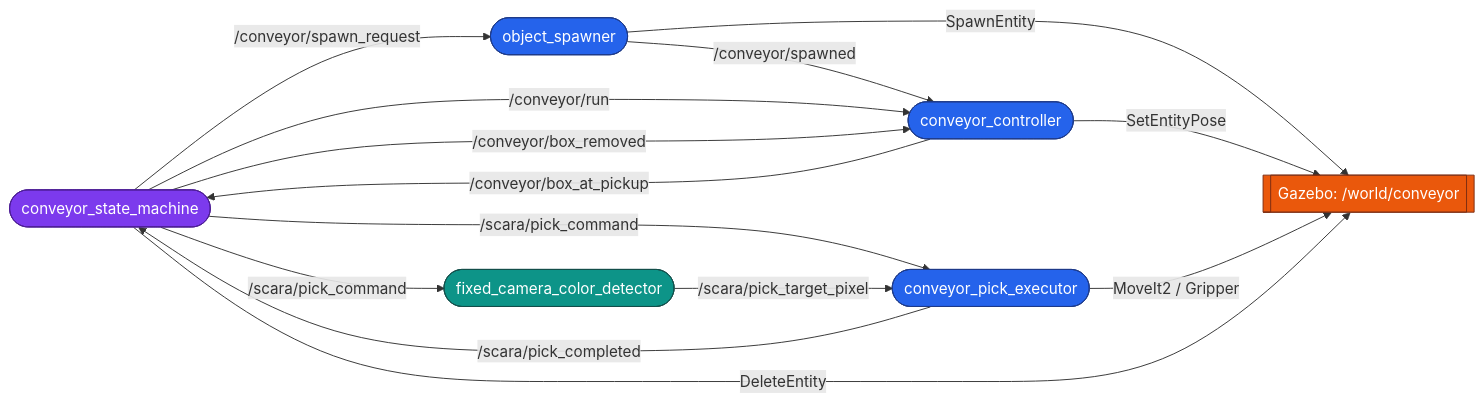
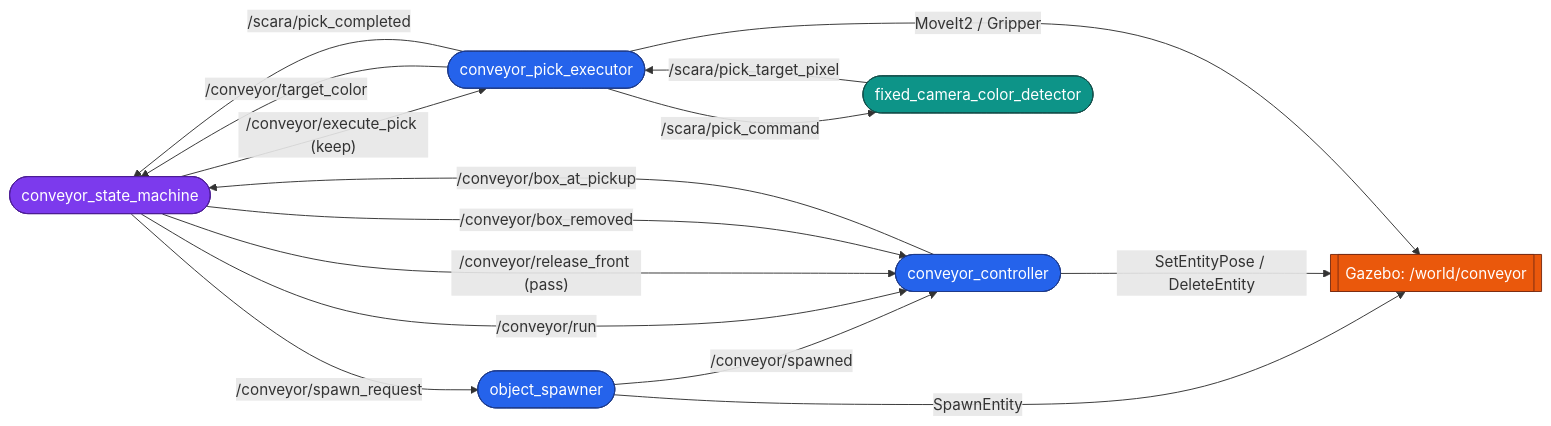
One commit to Curious-Utkarsh/ROS2_SCARA_WS changed the first of 2 diagrams in scara_conveyor/README.md. Above: the diagram before and after it, drawn with Mermaid. The commit also changed other lines of this file and 8 other files, not shown here.

````diff
--- a/scara_conveyor/README.md
+++ b/scara_conveyor/README.md
@@ -17,28 +29,29 @@
 ```mermaid
 flowchart LR
     SM([conveyor_state_machine]):::sm
     SP([object_spawner]):::node
     CC([conveyor_controller]):::node
     DET([fixed_camera_color_detector]):::reuse
     EX([conveyor_pick_executor]):::node
     GZ[[Gazebo: /world/conveyor]]:::gz
 
+    EX -- /conveyor/target_color --> SM
+    EX -- /scara/pick_command --> DET
     SM -- /conveyor/spawn_request --> SP
     SP -- SpawnEntity --> GZ
     SP -- /conveyor/spawned --> CC
     SM -- /conveyor/run --> CC
-    CC -- SetEntityPose --> GZ
+    CC -- SetEntityPose / DeleteEntity --> GZ
     CC -- /conveyor/box_at_pickup --> SM
-    SM -- /scara/pick_command --> DET
-    SM -- /scara/pick_command --> EX
+    SM -- /conveyor/execute_pick (keep) --> EX
+    SM -- /conveyor/release_front (pass) --> CC
     DET -- /scara/pick_target_pixel --> EX
     EX -- MoveIt2 / Gripper --> GZ
     EX -- /scara/pick_completed --> SM
-    SM -- DeleteEntity --> GZ
     SM -- /conveyor/box_removed --> CC
 
     classDef sm fill:#7c3aed,color:#fff,stroke:#4c1d95;
     classDef node fill:#2563eb,color:#fff,stroke:#1e3a8a;
     classDef reuse fill:#0d9488,color:#fff,stroke:#134e4a;
     classDef gz fill:#ea580c,color:#fff,stroke:#7c2d12;
 ```
````
